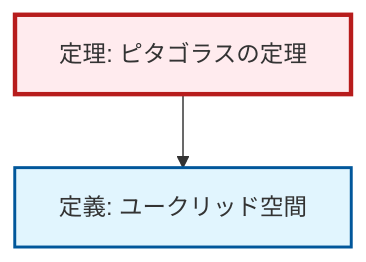
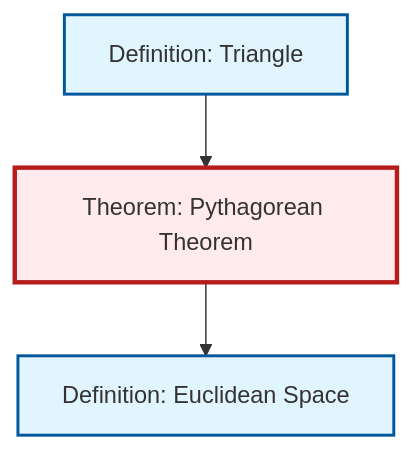
Before and after one commit to RK0429/ModernMath: the second of 2 diagrams in content/ja/geometry/thm-pythagorean.qmd, drawn with Mermaid. The commit also changed 203 other files, not shown here.

````diff
--- a/content/ja/geometry/thm-pythagorean.qmd
+++ b/content/ja/geometry/thm-pythagorean.qmd
@@ -69,15 +69,15 @@
 ```{mermaid}
-%%| fig-cap: "局所依存関係グラフ"
+%%| fig-cap: "Local dependency graph"
 graph TD
     classDef definition fill:#e1f5fe,stroke:#01579b,stroke-width:2px
     classDef theorem fill:#f3e5f5,stroke:#4a148c,stroke-width:2px
     classDef axiom fill:#fff3e0,stroke:#e65100,stroke-width:2px
     classDef example fill:#e8f5e9,stroke:#1b5e20,stroke-width:2px
     classDef current fill:#ffebee,stroke:#b71c1c,stroke-width:3px
-    thm-pythagorean["定理: ピタゴラスの定理"]:::theorem
-    def-euclidean-space["定義: ユークリッド空間"]:::definition
+    def-euclidean-space["Definition: Euclidean Space"]:::definition
+    thm-pythagorean["Theorem: Pythagorean Theorem"]:::theorem
+    def-triangle["Definition: Triangle"]:::definition
     thm-pythagorean --> def-euclidean-space
+    def-triangle --> thm-pythagorean
     class thm-pythagorean current
-
-    click def-euclidean-space "def-euclidean-space.html" "Go to 定義: ユークリッド空間"
 ```
````
